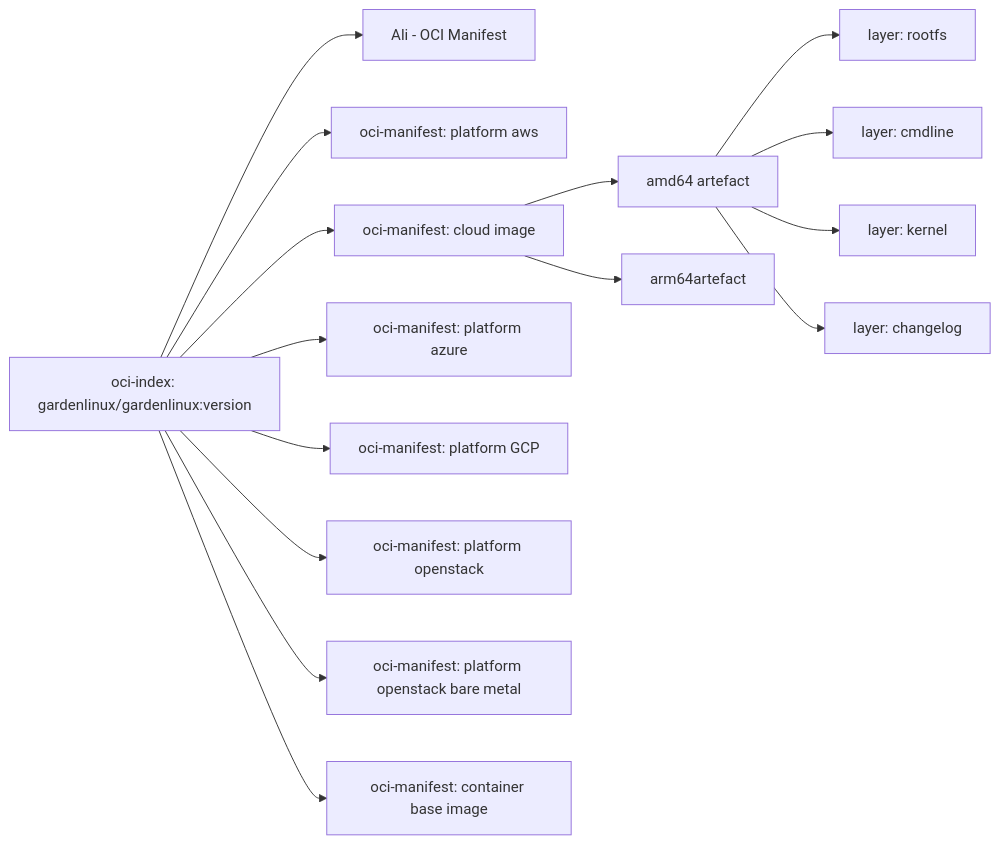
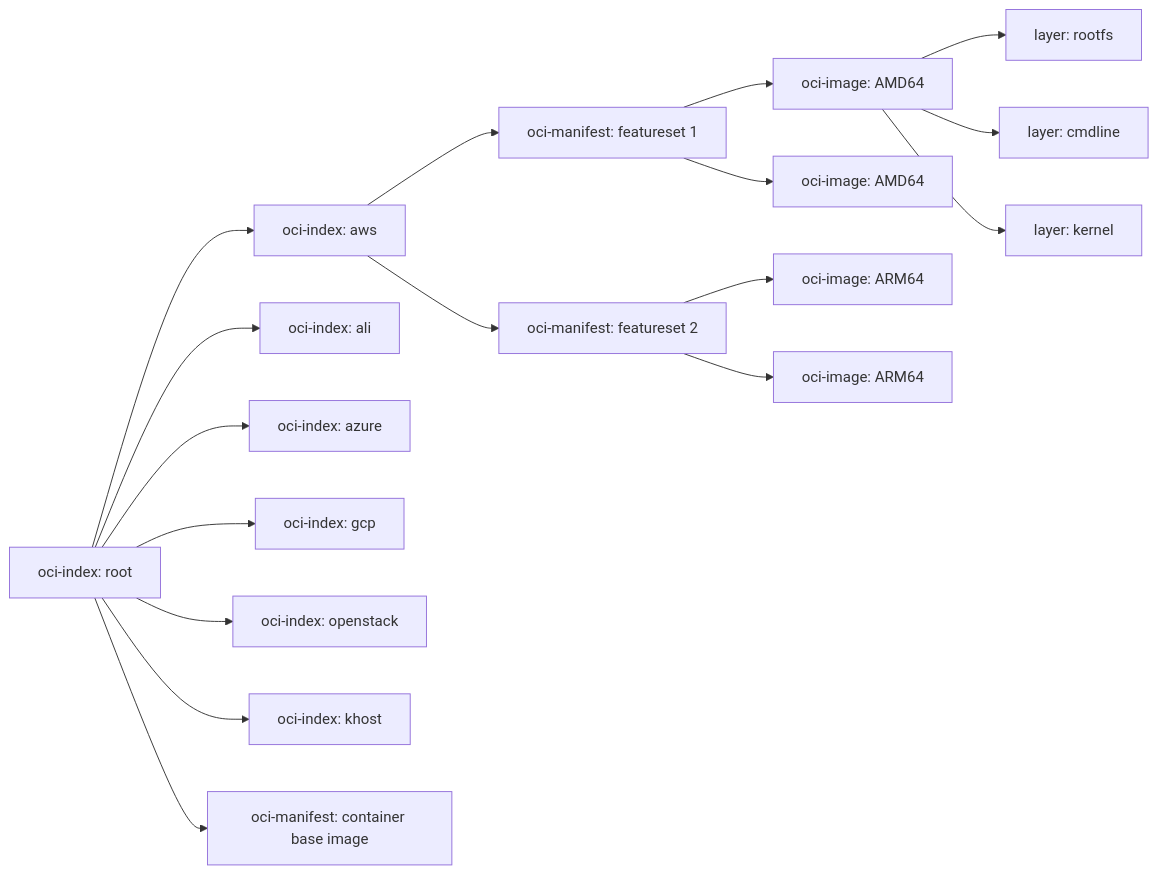
The diagram in docs/01_developers/ocm/oci-implementation-specification.md (gardenlinux/gardenlinux), drawn with Mermaid before and after one commit. The commit also changed other lines of this file, not shown here.

Commit message:
restructure oci tree

````diff
--- a/docs/01_developers/ocm/oci-implementation-specification.md
+++ b/docs/01_developers/ocm/oci-implementation-specification.md
@@ -14,19 +14,22 @@
 ```mermaid
 graph LR;
+    root_index[oci-index: root]--> platform_index_aws[oci-index: aws];
+    root_index--> platform_index_ali[oci-index: ali];
+    root_index--> platform_index_azure[oci-index: azure];
+    root_index--> platform_index_gcp[oci-index: gcp];
+    root_index--> platform_index_openstack[oci-index: openstack];
+    root_index--> platform_index_khost[oci-index: khost];
+    root_index--> base_container_manifest[oci-manifest: container base image];
 
-    Index[oci-index: gardenlinux/gardenlinux:version]--> ALI[Ali - OCI Manifest];
-    Index--> AWS[oci-manifest: platform aws];
-    Index--> Manifest;
-    Index--> AZURE[oci-manifest: platform azure];
-    Index--> GCP[oci-manifest: platform GCP];
-    Index--> OPENSTACK[oci-manifest: platform openstack];
-    Index--> OPENSTACK_BAREMETAL[oci-manifest: platform openstack bare metal];
-    Index--> CONTAINER[oci-manifest: container base image];
+    platform_index_aws--> aws_manifest_1[amd64 artefact];
+    platform_index_aws--> aws_manifest_2[amd64 artefact];
     
-    image_amd64[oci-image: cloud image]--> layer_rootfs[layer: rootfs];
-    image_amd64[oci-image: cloud image]--> layer_cmdline[layer: cmdline];
-    image_amd64[oci-image: cloud image]--> layer_kernel[layer: kernel];
-    image_amd64[oci-image: cloud image]--> layer_changelog[layer: changelog];
-    Manifest[oci-manifest: cloud image]--> image_amd64[amd64 artefact];
-    Manifest[oci-manifest: cloud image]--> image_arm64[arm64artefact];
+    aws_manifest_1[oci-manifest: featureset 1]--> aws_image_1_arm64;
+    aws_manifest_1--> aws_image_1_amd64[oci-image: AMD64];
+    aws_manifest_2[oci-manifest: featureset 2]--> aws_image_2_arm64[oci-image: ARM64];
+    aws_manifest_2--> aws_image_2_amd64[oci-image: ARM64];
+
+    aws_image_1_arm64[oci-image: AMD64]--> layer_rootfs[layer: rootfs];
+    aws_image_1_arm64--> layer_cmdline[layer: cmdline];
+    aws_image_1_arm64--> layer_kernel[layer: kernel];
 ```
````
